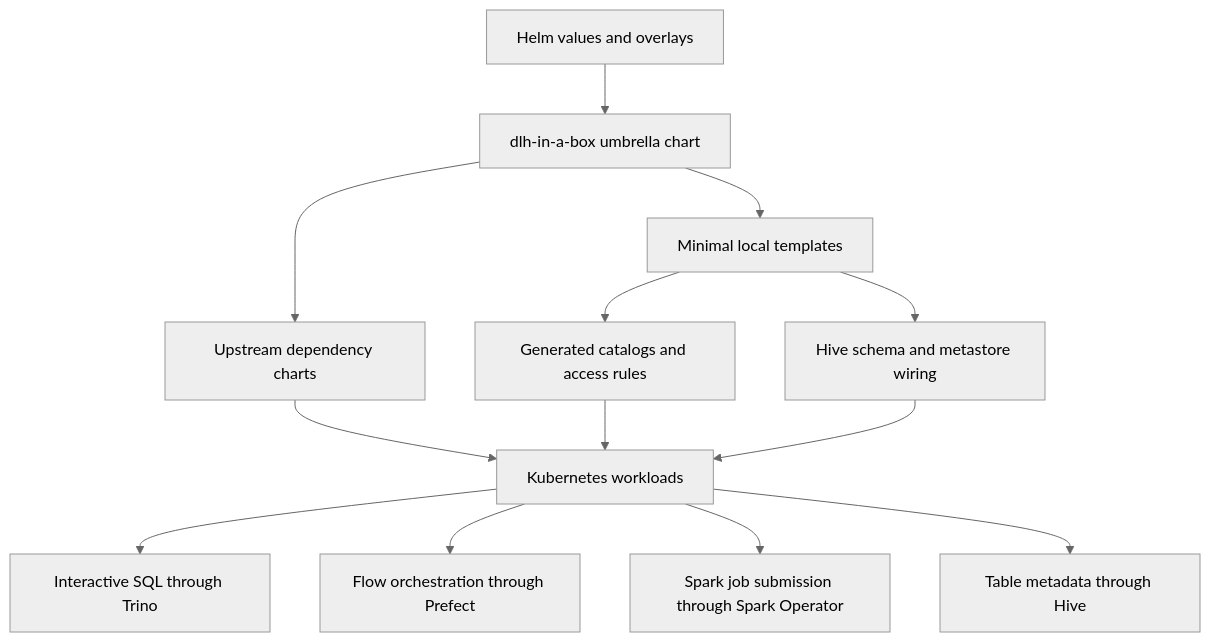
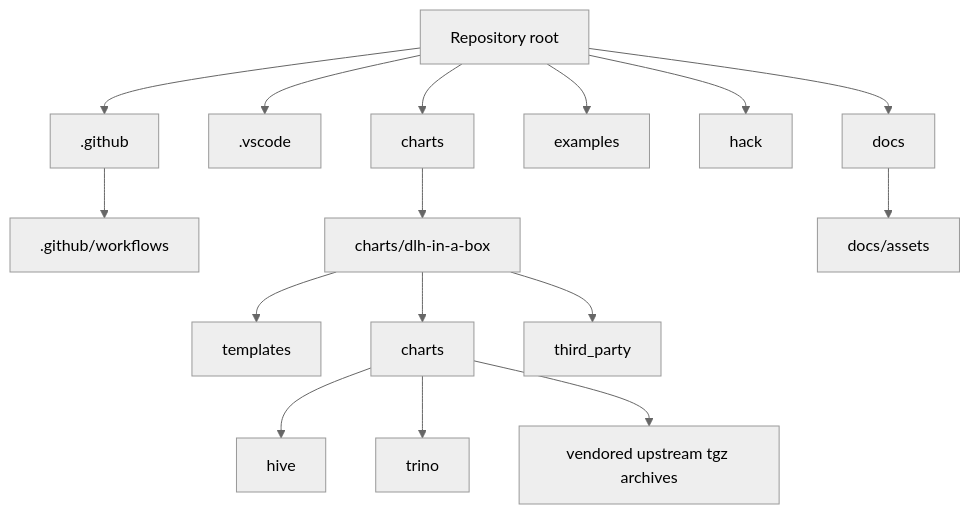
One commit to sanger-pathogens/dlh-in-a-box-umbrella-helm-chart changed the second of 3 diagrams in README.md. Above: the diagram before and after it, drawn with Mermaid (neutral theme). The commit also changed other lines of this file and 42 other files, not shown here.

Commit message:
chore: strengthen public handover, release polish, and chart presentation

````diff
--- a/README.md
+++ b/README.md
@@ -65,18 +81,19 @@
 ```mermaid
 flowchart TD
-  Values[Helm values and overlays] --> Umbrella[dlh-in-a-box umbrella chart]
-  Umbrella --> Upstream[Upstream dependency charts]
-  Umbrella --> LocalGlue[Minimal local templates]
-
-  LocalGlue --> Catalogs[Generated catalogs and access rules]
-  LocalGlue --> HiveInit[Hive schema and metastore wiring]
-
-  Upstream --> Runtime[Kubernetes workloads]
-  Catalogs --> Runtime
-  HiveInit --> Runtime
-
-  Runtime --> Query[Interactive SQL through Trino]
-  Runtime --> Orchestration[Flow orchestration through Prefect]
-  Runtime --> Compute[Spark job submission through Spark Operator]
-  Runtime --> Metadata[Table metadata through Hive]
+  Repo[Repository root]
+  Repo --> Github[.github]
+  Github --> Workflows[.github/workflows]
+  Repo --> VSCode[.vscode]
+  Repo --> Charts[charts]
+  Charts --> Umbrella[charts/dlh-in-a-box]
+  Umbrella --> UmbrellaTemplates[templates]
+  Umbrella --> Subcharts[charts]
+  Subcharts --> Hive[hive]
+  Subcharts --> Trino[trino]
+  Subcharts --> Archives[vendored upstream tgz archives]
+  Umbrella --> ThirdParty[third_party]
+  Repo --> Examples[examples]
+  Repo --> Hack[hack]
+  Repo --> Docs[docs]
+  Docs --> Assets[docs/assets]
 ```
````
